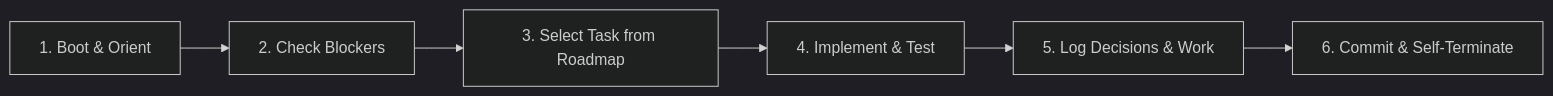
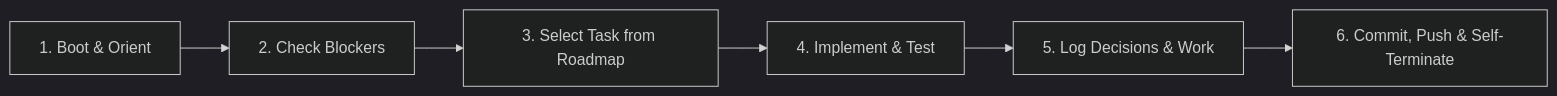
The diagram in AGENTS.md (mrmarkwell/bible), drawn with Mermaid (dark theme) before and after one commit. The commit also changed other lines of this file and 3 other files, not shown here.

````diff
--- a/AGENTS.md
+++ b/AGENTS.md
@@ -13,8 +13,8 @@
 ```mermaid
 flowchart LR
     A[1. Boot & Orient] --> B[2. Check Blockers]
     B --> C[3. Select Task from Roadmap]
     C --> D[4. Implement & Test]
     D --> E[5. Log Decisions & Work]
-    E --> F[6. Commit & Self-Terminate]
+    E --> F[6. Commit, Push & Self-Terminate]
 ```
````
